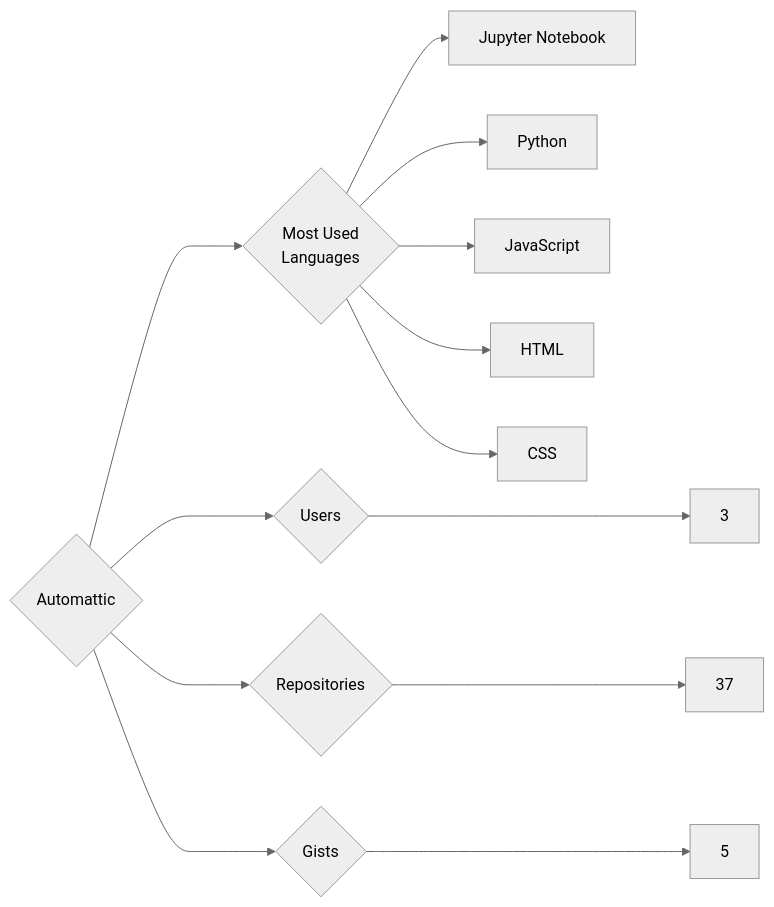
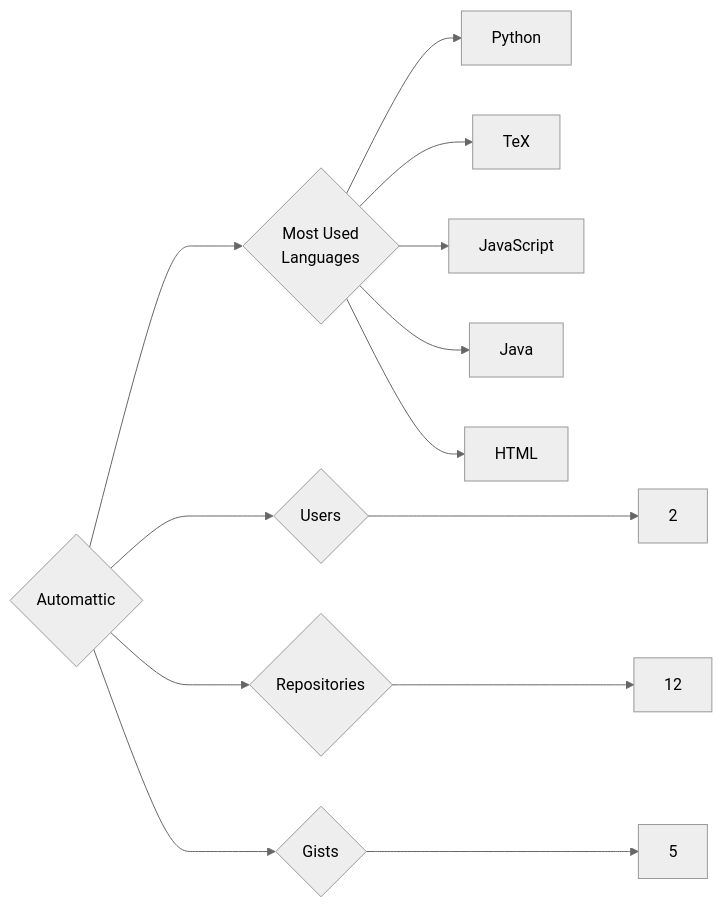
One commit to trickest/insiders changed the diagram in targets/Automattic/README.md. Above: the diagram before and after it, drawn with Mermaid (neutral theme). The commit also changed 1007 other files, not shown here.

````diff
--- a/targets/Automattic/README.md
+++ b/targets/Automattic/README.md
@@ -3,13 +3,13 @@
 ```mermaid
 graph LR
 COMPANY_NAME{Automattic}
-COMPANY_NAME ---> U{Users} ---> UN[3]
-COMPANY_NAME ---> R{Repositories} ---> RN[37]
+COMPANY_NAME ---> U{Users} ---> UN[2]
+COMPANY_NAME ---> R{Repositories} ---> RN[12]
 COMPANY_NAME ---> G{Gists} ---> GN[5]
 COMPANY_NAME ---> ML{Most Used<br>Languages}
-ML --> Jupyter_Notebook[Jupyter Notebook]
 ML --> Python[Python]
+ML --> TeX[TeX]
 ML --> JavaScript[JavaScript]
+ML --> Java[Java]
 ML --> HTML[HTML]
-ML --> CSS[CSS]
 ```
````
